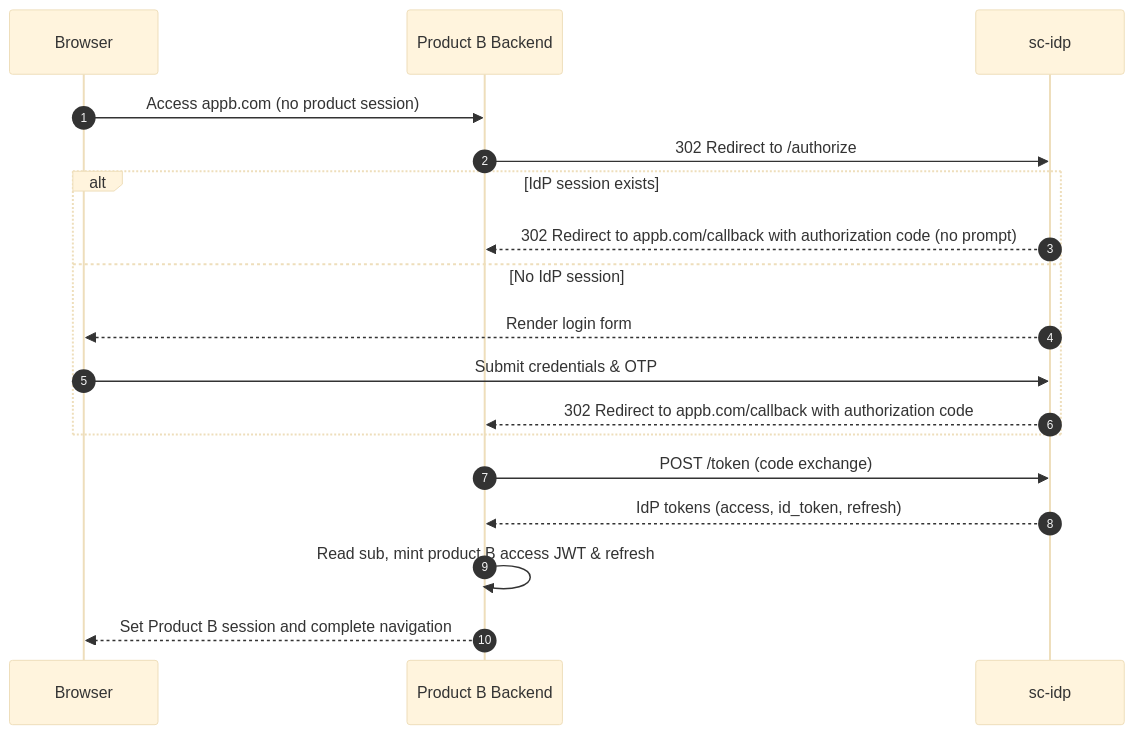
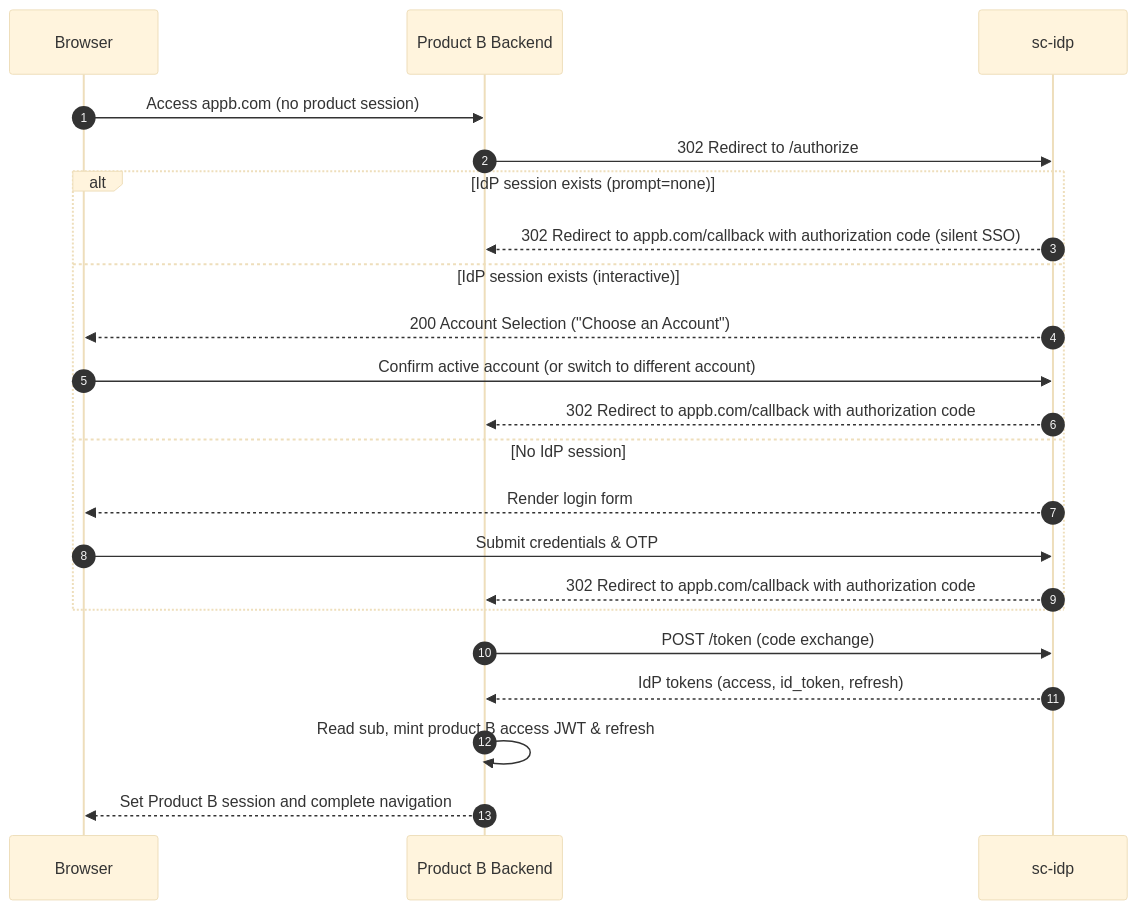
One commit to MahmoudMNael/sc-idp changed the third of 4 diagrams in docs/architecture.md. Above: the diagram before and after it, drawn with Mermaid (base theme). The commit also changed 5 other files, not shown here.

Commit message:
feat: update documentation to include account confirmation and switching features in user flows and architecture

````diff
--- a/docs/architecture.md
+++ b/docs/architecture.md
@@ -58,21 +58,25 @@
 ```mermaid
 sequenceDiagram
   autonumber
   participant User as Browser
   participant AppB as Product B Backend
   participant IdP as sc-idp
 
   User->>AppB: Access appb.com (no product session)
   AppB->>IdP: 302 Redirect to /authorize
-  alt IdP session exists
-    IdP-->>AppB: 302 Redirect to appb.com/callback with authorization code (no prompt)
+  alt IdP session exists (prompt=none)
+    IdP-->>AppB: 302 Redirect to appb.com/callback with authorization code (silent SSO)
+  else IdP session exists (interactive)
+    IdP-->>User: 200 Account Selection ("Choose an Account")
+    User->>IdP: Confirm active account (or switch to different account)
+    IdP-->>AppB: 302 Redirect to appb.com/callback with authorization code
   else No IdP session
     IdP-->>User: Render login form
     User->>IdP: Submit credentials & OTP
     IdP-->>AppB: 302 Redirect to appb.com/callback with authorization code
   end
   AppB->>IdP: POST /token (code exchange)
   IdP-->>AppB: IdP tokens (access, id_token, refresh)
   AppB->>AppB: Read sub, mint product B access JWT & refresh
   AppB-->>User: Set Product B session and complete navigation
 ```
````
